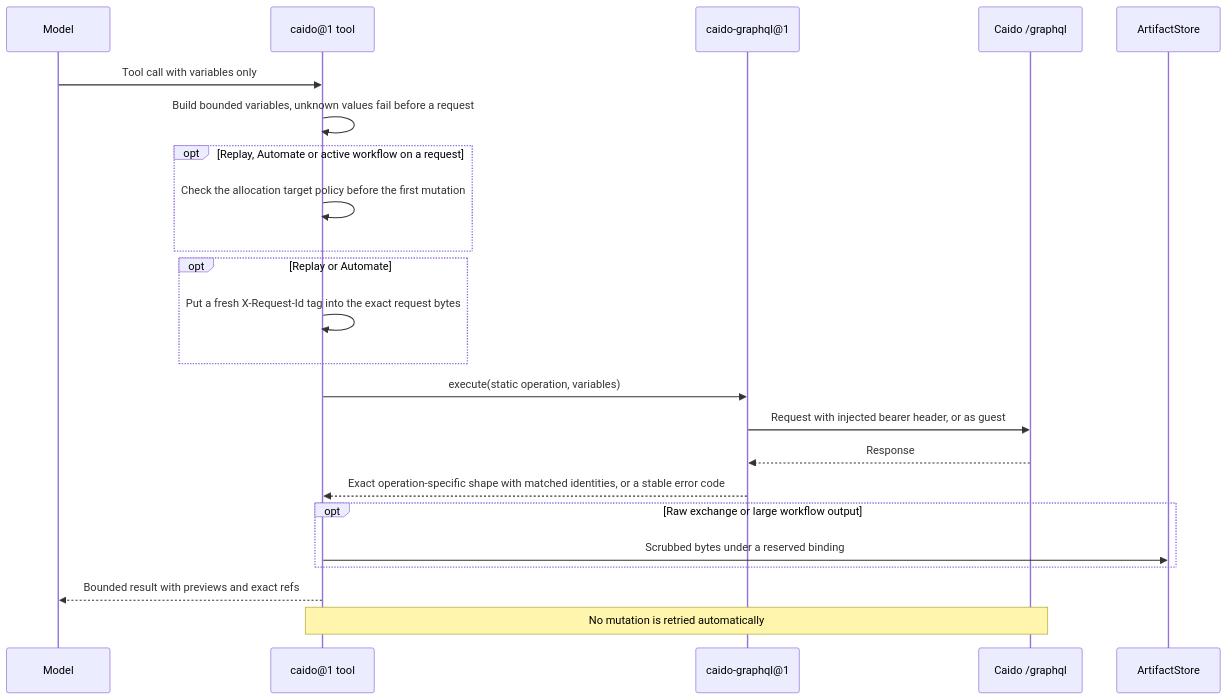
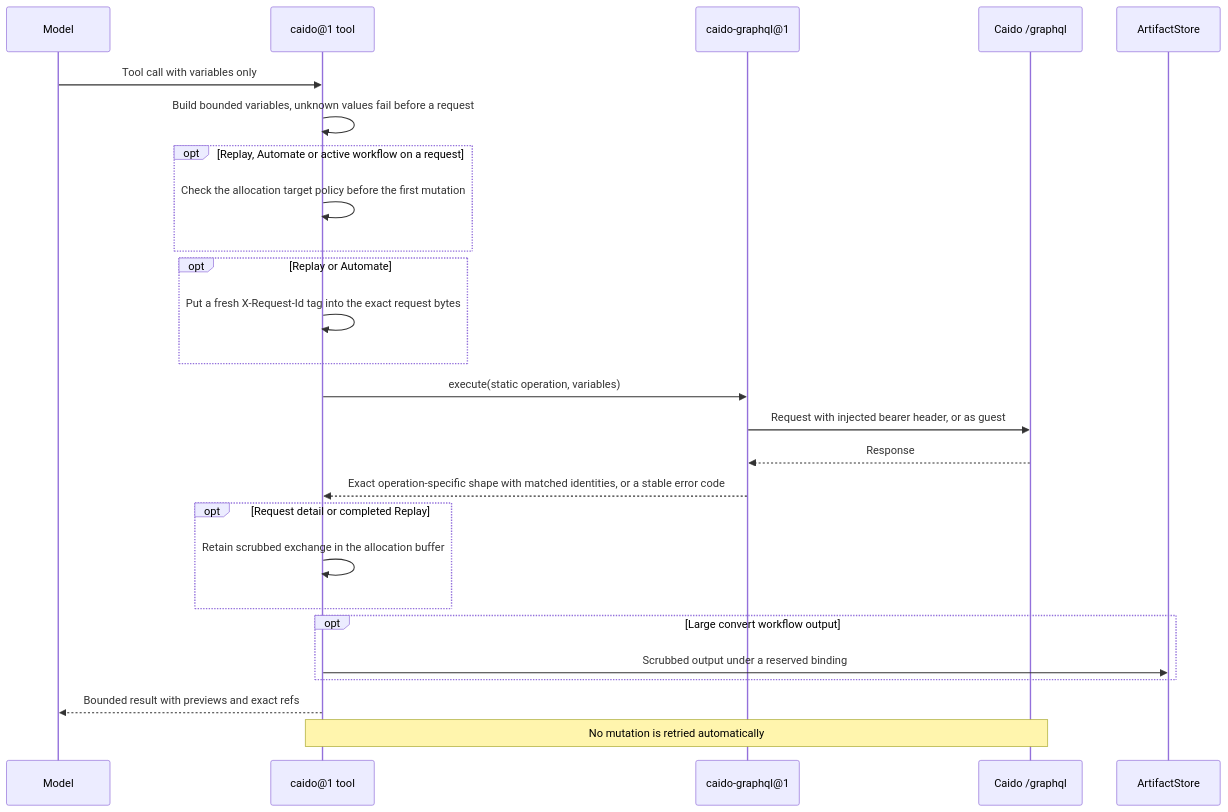
The third of 4 diagrams in docs/spec/tools/http-caido.md (grauwolf32/contractor), drawn with Mermaid before and after one commit. The commit also changed other lines of this file and 49 other files, not shown here.

````diff
--- a/docs/spec/tools/http-caido.md
+++ b/docs/spec/tools/http-caido.md
@@ -167,25 +167,28 @@
 ```mermaid
 sequenceDiagram
     participant M as Model
     participant C as caido@1 tool
     participant A as caido-graphql@1
     participant G as Caido /graphql
     participant S as ArtifactStore
     M->>C: Tool call with variables only
     C->>C: Build bounded variables, unknown values fail before a request
     opt Replay, Automate or active workflow on a request
         C->>C: Check the allocation target policy before the first mutation
     end
     opt Replay or Automate
         C->>C: Put a fresh X-Request-Id tag into the exact request bytes
     end
     C->>A: execute(static operation, variables)
     A->>G: Request with injected bearer header, or as guest
     G-->>A: Response
     A-->>C: Exact operation-specific shape with matched identities, or a stable error code
-    opt Raw exchange or large workflow output
-        C->>S: Scrubbed bytes under a reserved binding
+    opt Request detail or completed Replay
+        C->>C: Retain scrubbed exchange in the allocation buffer
+    end
+    opt Large convert workflow output
+        C->>S: Scrubbed output under a reserved binding
     end
     C-->>M: Bounded result with previews and exact refs
     Note over C,G: No mutation is retried automatically
 ```
````
